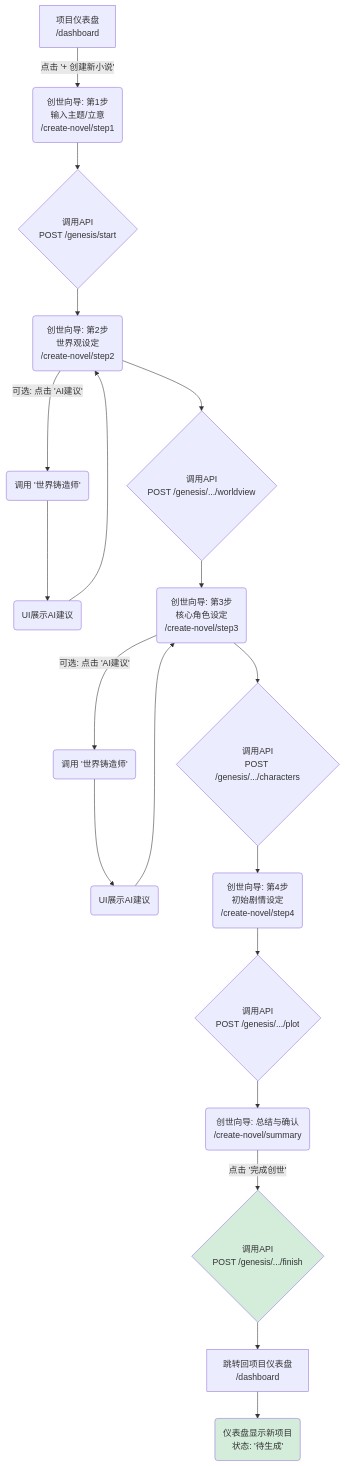
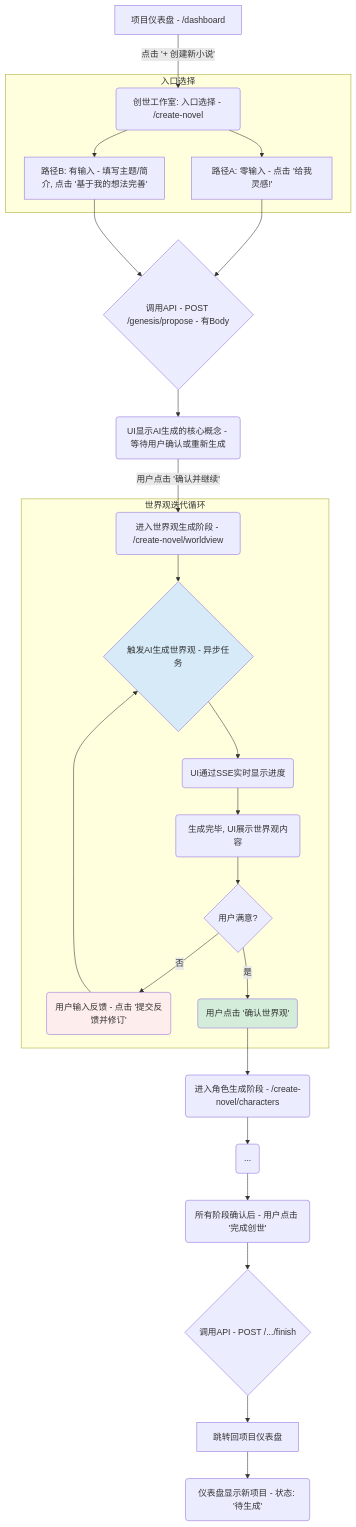
Before and after one commit to zhiyue/infinite-scribe: the second of 3 diagrams in docs/front-end-spec.md, drawn with Mermaid. The commit also changed other lines of this file and 24 other files, not shown here.

First line of the commit message:
docs: update architecture and PRD with new genesis studio features and SSE integration

````diff
--- a/docs/front-end-spec.md
+++ b/docs/front-end-spec.md
@@ -115,24 +116,38 @@
 ```mermaid
 graph TD
-    A[项目仪表盘<br/>/dashboard] -->|点击 '+ 创建新小说'| B(创世向导: 第1步<br/>输入主题/立意<br/>/create-novel/step1)
-    B --> C{调用API<br/>POST /genesis/start}
-    C --> D(创世向导: 第2步<br/>世界观设定<br/>/create-novel/step2)
-    D -->|可选: 点击 'AI建议'| D1(调用 '世界铸造师')
-    D1 --> D2(UI展示AI建议)
-    D2 --> D
-    D --> E{调用API<br/>POST /genesis/.../worldview}
-    E --> F(创世向导: 第3步<br/>核心角色设定<br/>/create-novel/step3)
-    F -->|可选: 点击 'AI建议'| F1(调用 '世界铸造师')
-    F1 --> F2(UI展示AI建议)
-    F2 --> F
-    F --> G{调用API<br/>POST /genesis/.../characters}
-    G --> H(创世向导: 第4步<br/>初始剧情设定<br/>/create-novel/step4)
-    H --> I{调用API<br/>POST /genesis/.../plot}
-    I --> J(创世向导: 总结与确认<br/>/create-novel/summary)
-    J -->|点击 '完成创世'| K{调用API<br/>POST /genesis/.../finish}
-    K --> L[跳转回项目仪表盘<br/>/dashboard]
-    L --> M(仪表盘显示新项目<br/>状态: '待生成')
-
+    A[项目仪表盘 - /dashboard] -->|点击 '+ 创建新小说'| B(创世工作室: 入口选择 - /create-novel)
+    
+    subgraph "入口选择"
+        B --> B1["路径A: 零输入 - 点击 '给我灵感!'"]
+        B --> B2["路径B: 有输入 - 填写主题/简介, 点击 '基于我的想法完善'"]
+    end
+    
+    B1 --> C{调用API - POST /genesis/propose - 无Body}
+    B2 --> C{调用API - POST /genesis/propose - 有Body}
+    
+    C --> D(UI显示AI生成的核心概念 - 等待用户确认或重新生成)
+    D -->|用户点击 '确认并继续'| E(进入世界观生成阶段 - /create-novel/worldview)
+    
+    subgraph "世界观迭代循环"
+        E --> F{触发AI生成世界观 - 异步任务}
+        F --> G(UI通过SSE实时显示进度)
+        G --> H(生成完毕, UI展示世界观内容)
+        H --> I{用户满意?}
+        I -->|否| J(用户输入反馈 - 点击 '提交反馈并修订')
+        J --> F
+        I -->|是| K(用户点击 '确认世界观')
+    end
+    
+    K --> L(进入角色生成阶段 - /create-novel/characters)
+    %% 角色和初始大纲阶段遵循与世界观相同的"生成-反馈-确认"迭代循环
+    
+    L --> M(...)
+    M --> N(所有阶段确认后 - 用户点击 '完成创世')
+    N --> O{调用API - POST /.../finish}
+    O --> P[跳转回项目仪表盘]
+    P --> Q(仪表盘显示新项目 - 状态: '待生成')
+    
+    style F fill:#D6EAF8
+    style J fill:#FDEDEC
     style K fill:#D4EDDA
-    style M fill:#D4EDDA
 ```
````
